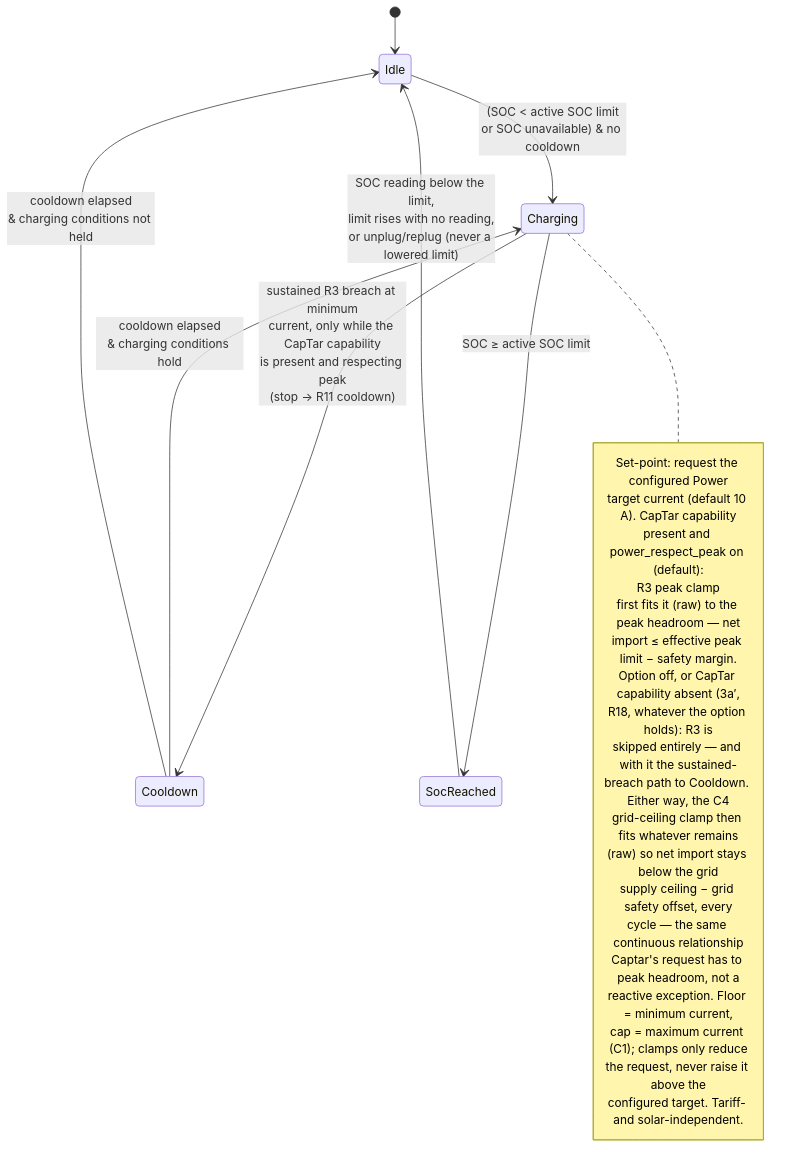
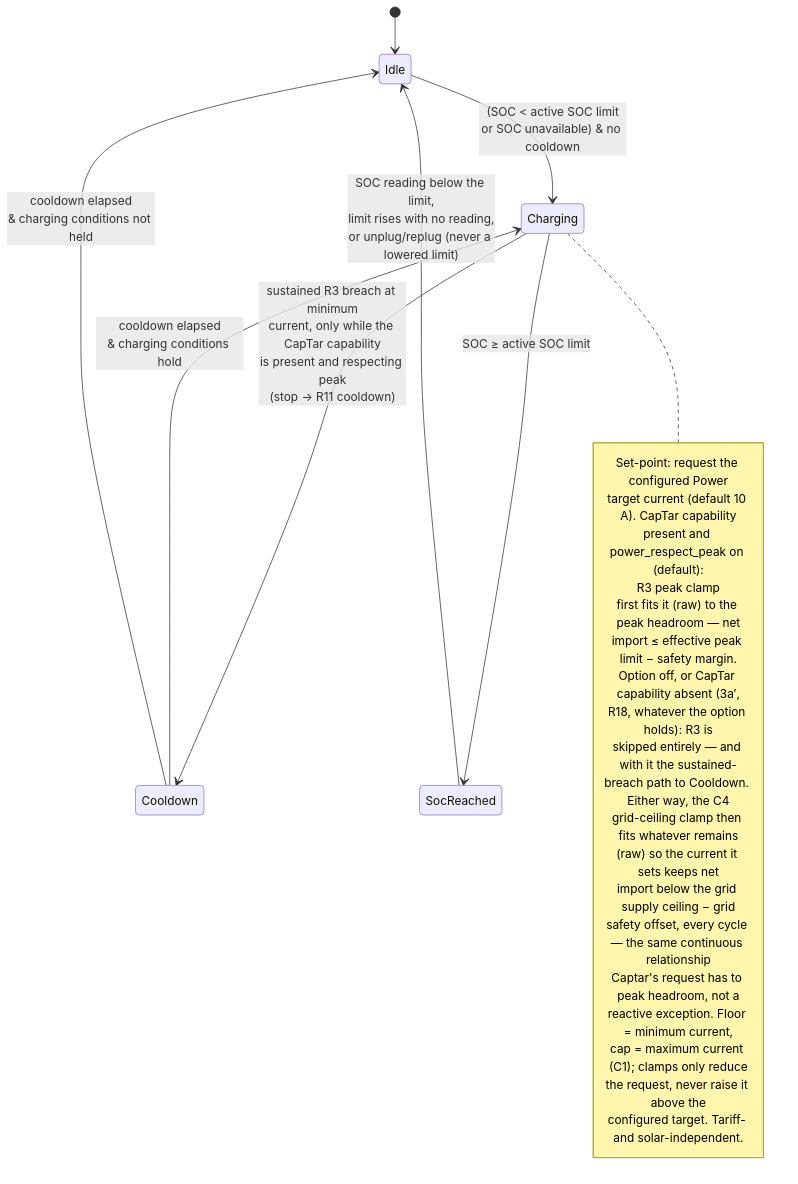
One commit to kristofdegrave/homeassistant-smart-charging changed the diagram in docs/analysis/use-cases/UC04-charge-at-a-user-set-current.md. Above: the diagram before and after it, drawn with Mermaid. The commit also changed other lines of this file and 3 other files, not shown here.

````diff
--- a/docs/analysis/use-cases/UC04-charge-at-a-user-set-current.md
+++ b/docs/analysis/use-cases/UC04-charge-at-a-user-set-current.md
@@ -155,31 +155,31 @@
 ```mermaid
 stateDiagram-v2
     [*] --> Idle
     Idle --> Charging: (SOC < active SOC limit<br/>or SOC unavailable) & no cooldown
     Charging --> Cooldown: sustained R3 breach at minimum<br/>current, only while the CapTar capability<br/>is present and respecting peak<br/>(stop → R11 cooldown)
     Charging --> SocReached: SOC ≥ active SOC limit
     Cooldown --> Charging: cooldown elapsed<br/>& charging conditions hold
     Cooldown --> Idle: cooldown elapsed<br/>& charging conditions not held
     SocReached --> Idle: SOC reading below the limit,<br/>limit rises with no reading,<br/>or unplug/replug (never a lowered limit)
     note right of Charging
         Set-point: request the configured Power
         target current (default 10 A). CapTar capability
         present and power_respect_peak on (default):
         R3 peak clamp
         first fits it (raw) to the peak headroom — net
         import ≤ effective peak limit − safety margin.
         Option off, or CapTar capability absent (3a′,
         R18, whatever the option holds): R3 is
         skipped entirely — and with it the sustained-
         breach path to Cooldown. Either way, the C4
         grid-ceiling clamp then fits whatever remains
-        (raw) so net import stays below the grid
-        supply ceiling − grid safety offset, every
-        cycle — the same continuous relationship
+        (raw) so the current it sets keeps net
+        import below the grid supply ceiling − grid
+        safety offset, every cycle — the same continuous relationship
         Captar's request has to peak headroom, not a
         reactive exception. Floor = minimum current,
         cap = maximum current (C1); clamps only reduce
         the request, never raise it above the
         configured target. Tariff- and solar-independent.
     end note
 ```
````
